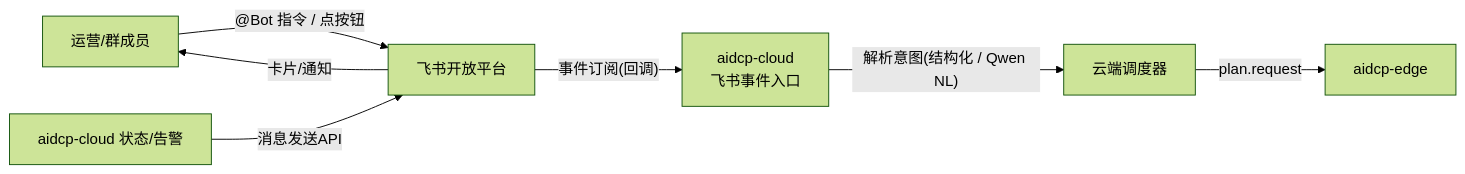
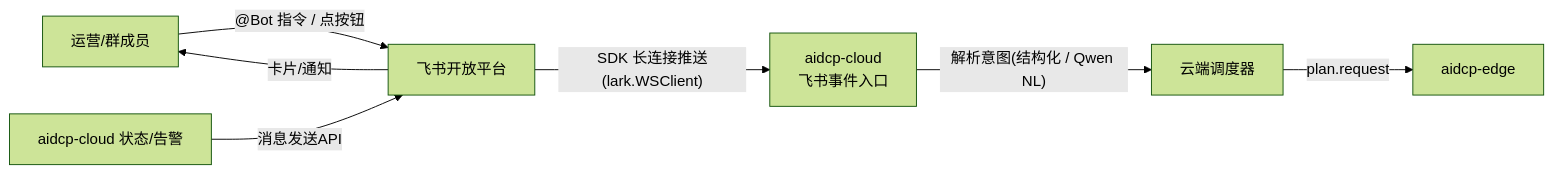
Before and after one commit to tommax-bai/aidcp: the diagram in docs/product-feishu.md, drawn with Mermaid (forest theme). The commit also changed other lines of this file and 9 other files, not shown here.

````diff
--- a/docs/product-feishu.md
+++ b/docs/product-feishu.md
@@ -237,9 +236,9 @@
 ```mermaid
 flowchart LR
   User[运营/群成员] -- @Bot 指令 / 点按钮 --> Feishu[飞书开放平台]
-  Feishu -- 事件订阅(回调) --> Webhook[aidcp-cloud<br/>飞书事件入口]
+  Feishu -- SDK 长连接推送(lark.WSClient) --> Webhook[aidcp-cloud<br/>飞书事件入口]
   Webhook -- 解析意图(结构化 / Qwen NL) --> Scheduler[云端调度器]
   Scheduler -- plan.request --> Edge[aidcp-edge]
   Cloud[aidcp-cloud 状态/告警] -- 消息发送API --> Feishu
   Feishu -- 卡片/通知 --> User
 ```
````
